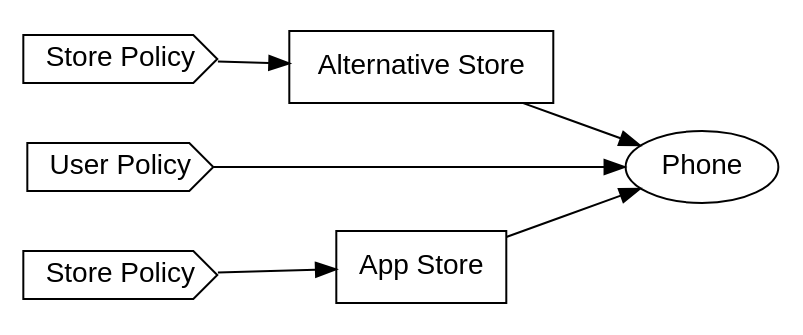
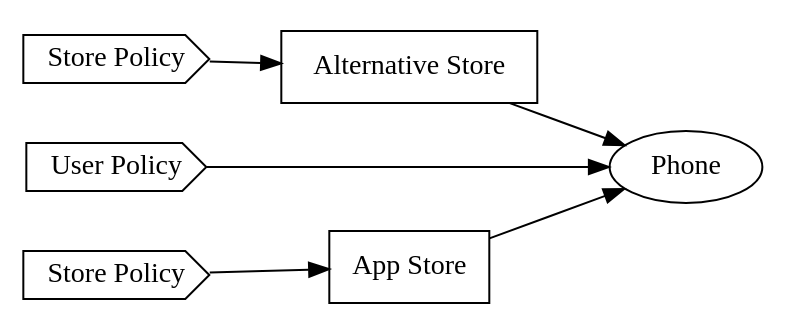
One commit to bogwonch/first-year-report changed the diagram in img/altstore.dot. Above: the diagram before and after it, drawn with Graphviz. The commit also changed 21 other files, not shown here.

```diff
--- a/img/altstore.dot
+++ b/img/altstore.dot
@@ -1,23 +1,23 @@
 digraph proxystore {
   overlap = false;
   splines = true;
   rankdir = LR;
 
-  appStore   [label="App Store"         shape=box  fontname="Helvetica"]
-  policy1    [label="Store Policy"      shape=cds  fontname="Helvetica"]
-  altStore   [label="Alternative Store" shape=box  fontname="Helvetica"]
-  policy2    [label="Store Policy"      shape=cds  fontname="Helvetica"]
-  userPolicy [label="User Policy"       shape=cds  fontname="Helvetica"]
-  phone      [label="Phone"             shape=oval fontname="Helvetica"]
+  appStore   [label="App Store"         shape=box  fontname="LMSans10-Regular"]
+  policy1    [label="Store Policy"      shape=cds  fontname="LMSans10-Regular"]
+  altStore   [label="Alternative Store" shape=box  fontname="LMSans10-Regular"]
+  policy2    [label="Store Policy"      shape=cds  fontname="LMSans10-Regular"]
+  userPolicy [label="User Policy"       shape=cds  fontname="LMSans10-Regular"]
+  phone      [label="Phone"             shape=oval fontname="LMSans10-Regular"]
 
   policy1    -> appStore;
   policy2    -> altStore;
   appStore   -> phone;
   altStore   -> phone;
   userPolicy -> phone;
 
   {rank=same appStore   altStore}
   {rank=same policy1 policy2 userPolicy}
 
 
 }
```
